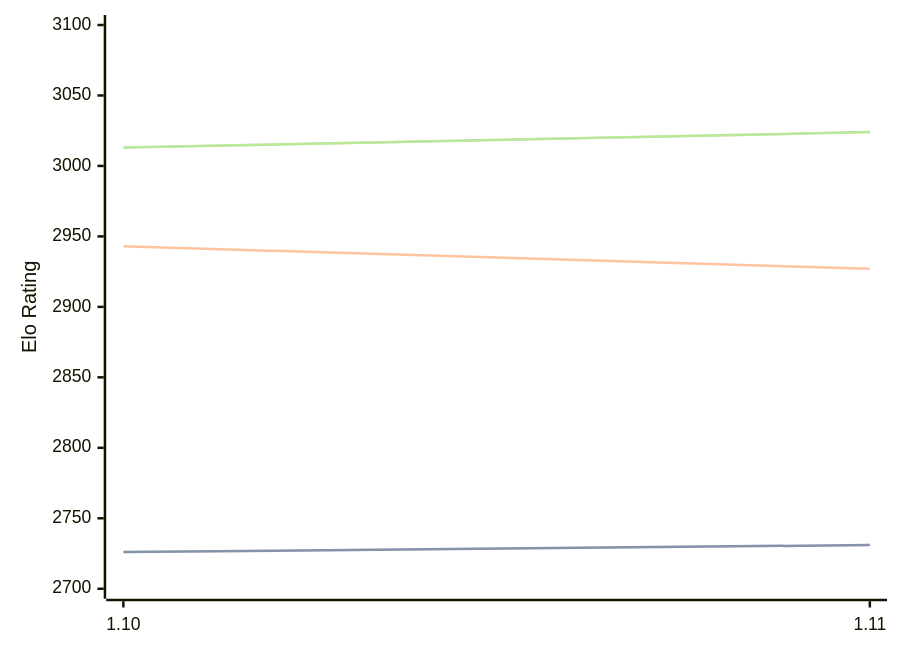
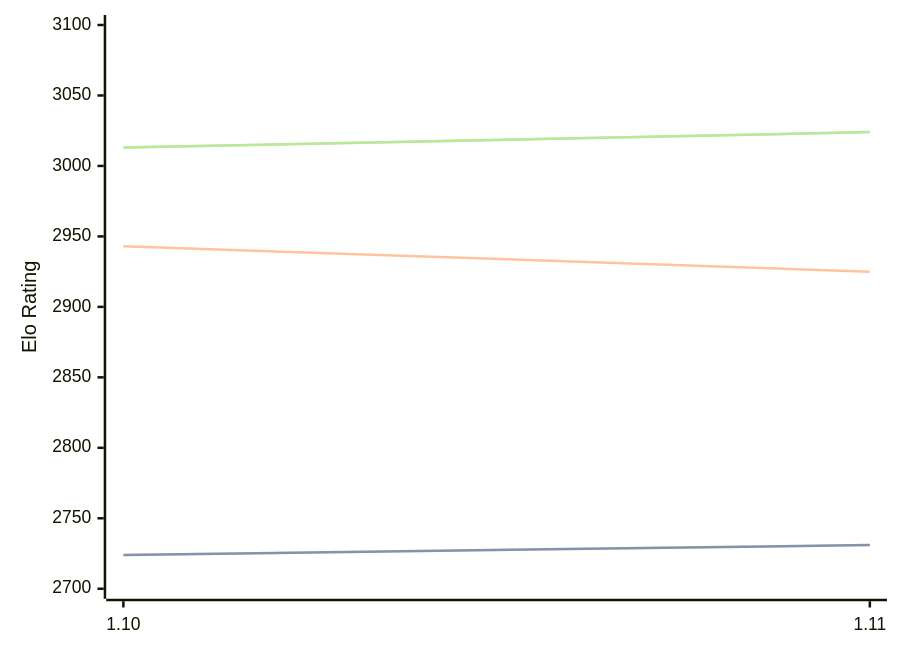
Before and after one commit to computer-chess-index/cci: the diagram in engines/Roc.md, drawn with Mermaid. The commit also changed other lines of this file, not shown here.

````diff
--- a/engines/Roc.md
+++ b/engines/Roc.md
@@ -65,11 +65,11 @@
 ```mermaid
 %%{init: {"theme":"base","themeVariables":{"seriesColors:['#a3a3a3','#222221','#faa371']}}}%%
 xychart-beta
   x-axis ["1.10", "1.11"]
   y-axis "Elo Rating" 2700 --> 3100
-  line "STC (8.0+0.08s)" [2726, 2731]
-  line "STC (8.0+0.08s)" [2726, 2731]
-  line "LTC (60.0+0.60s)" [2943, 2927]
+  line "STC (8.0+0.08s)" [2724, 2731]
+  line "STC (8.0+0.08s)" [2724, 2731]
+  line "LTC (60.0+0.60s)" [2943, 2925]
   line "VLTC (2m24s+1.12s)" [3013, 3024]
   line "VLTC (2m24s+1.12s)" [3013, 3024]
 ```
````
